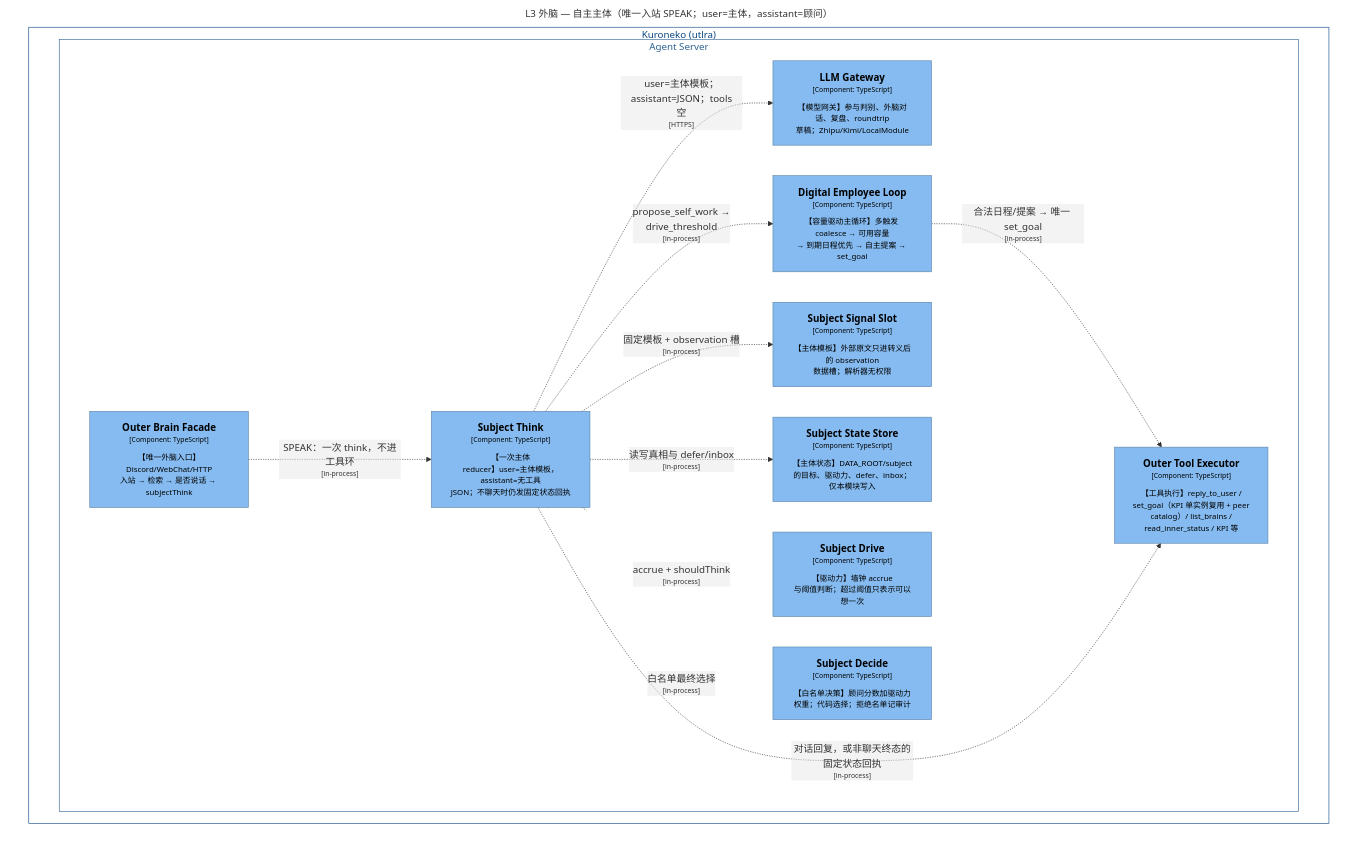
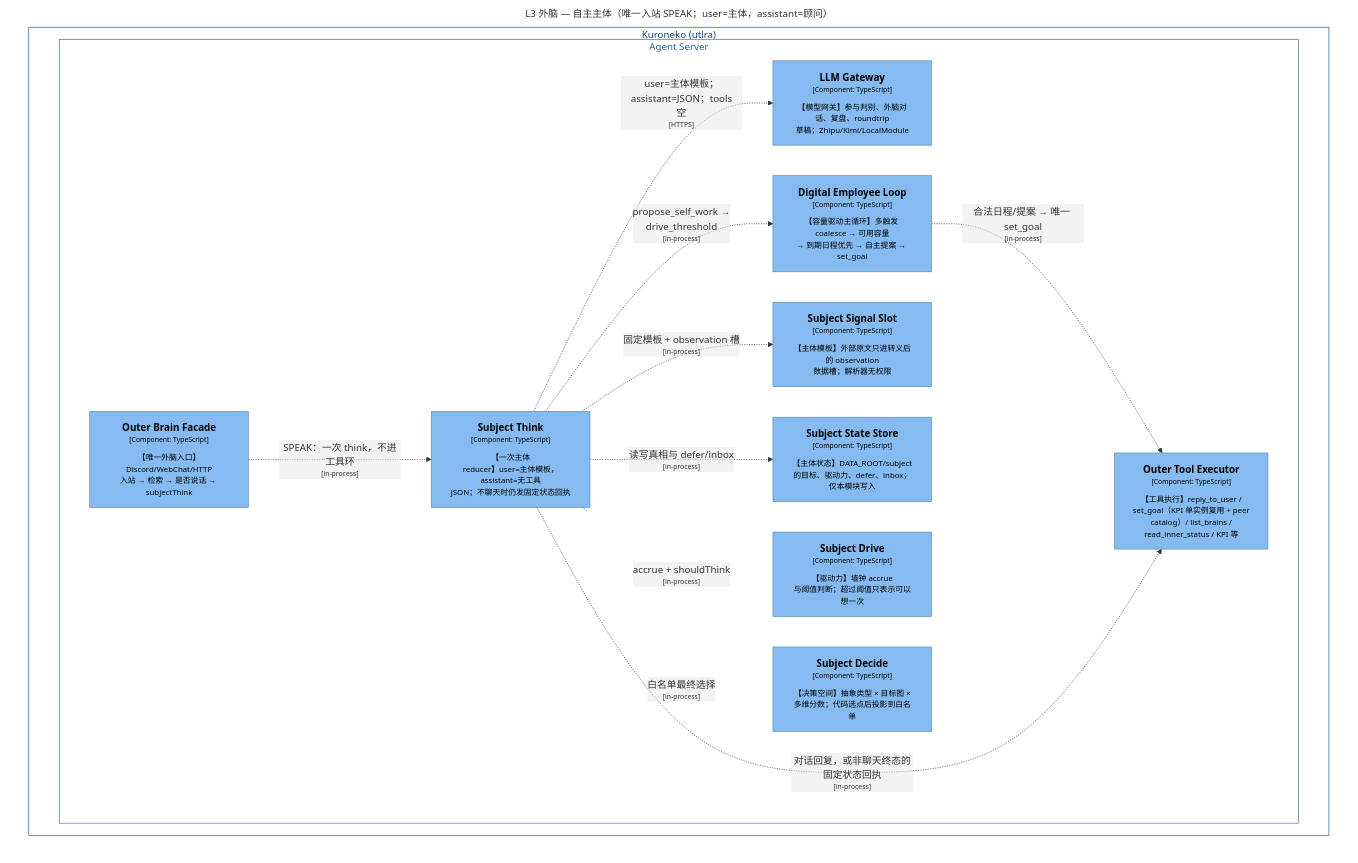
The diagram in doc/structurizr/structurizr-15-L3-Outer-Subject.mmd (shinjiyu/amadues), drawn with Mermaid before and after one commit. The commit also changed 14 other files, not shown here.

```diff
--- a/doc/structurizr/structurizr-15-L3-Outer-Subject.mmd
+++ b/doc/structurizr/structurizr-15-L3-Outer-Subject.mmd
@@ -1,45 +1,45 @@
 graph TB
   linkStyle default fill:#ffffff
 
   subgraph diagram ["L3 外脑 — 自主主体（唯一入站 SPEAK；user=主体，assistant=顾问）"]
     style diagram fill:#ffffff,stroke:#ffffff
 
     subgraph 11 ["Kuroneko (utlra)"]
       style 11 fill:#ffffff,stroke:#0b4884,color:#0b4884
 
       subgraph 15 ["Agent Server"]
         style 15 fill:#ffffff,stroke:#2e6295,color:#2e6295
 
         18["<div style='font-weight: bold'>Outer Brain Facade</div><div style='font-size: 70%; margin-top: 0px'>[Component: TypeScript]</div><div style='font-size: 80%; margin-top:10px'>【唯一外脑入口】Discord/WebChat/HTTP<br />入站 → 检索 → 是否说话 → subjectThink</div>"]
         style 18 fill:#85bbf0,stroke:#5d82a8,color:#000000
         25["<div style='font-weight: bold'>Outer Tool Executor</div><div style='font-size: 70%; margin-top: 0px'>[Component: TypeScript]</div><div style='font-size: 80%; margin-top:10px'>【工具执行】reply_to_user /<br />set_goal（KPI 单实例复用 + peer<br />catalog）/ list_brains /<br />read_inner_status / KPI 等</div>"]
         style 25 fill:#85bbf0,stroke:#5d82a8,color:#000000
         26["<div style='font-weight: bold'>LLM Gateway</div><div style='font-size: 70%; margin-top: 0px'>[Component: TypeScript]</div><div style='font-size: 80%; margin-top:10px'>【模型网关】参与判别、外脑对话、复盘、roundtrip<br />草稿；Zhipu/Kimi/LocalModule</div>"]
         style 26 fill:#85bbf0,stroke:#5d82a8,color:#000000
         49["<div style='font-weight: bold'>Digital Employee Loop</div><div style='font-size: 70%; margin-top: 0px'>[Component: TypeScript]</div><div style='font-size: 80%; margin-top:10px'>【容量驱动主循环】多触发 coalesce → 可用容量<br />→ 到期日程优先 → 自主提案 → set_goal</div>"]
         style 49 fill:#85bbf0,stroke:#5d82a8,color:#000000
         75["<div style='font-weight: bold'>Subject Signal Slot</div><div style='font-size: 70%; margin-top: 0px'>[Component: TypeScript]</div><div style='font-size: 80%; margin-top:10px'>【主体模板】外部原文只进转义后的 observation<br />数据槽；解析器无权限</div>"]
         style 75 fill:#85bbf0,stroke:#5d82a8,color:#000000
         76["<div style='font-weight: bold'>Subject State Store</div><div style='font-size: 70%; margin-top: 0px'>[Component: TypeScript]</div><div style='font-size: 80%; margin-top:10px'>【主体状态】DATA_ROOT/subject<br />的目标、驱动力、defer、inbox；仅本模块写入</div>"]
         style 76 fill:#85bbf0,stroke:#5d82a8,color:#000000
         77["<div style='font-weight: bold'>Subject Drive</div><div style='font-size: 70%; margin-top: 0px'>[Component: TypeScript]</div><div style='font-size: 80%; margin-top:10px'>【驱动力】墙钟 accrue<br />与阈值判断；超过阈值只表示可以想一次</div>"]
         style 77 fill:#85bbf0,stroke:#5d82a8,color:#000000
-        78["<div style='font-weight: bold'>Subject Decide</div><div style='font-size: 70%; margin-top: 0px'>[Component: TypeScript]</div><div style='font-size: 80%; margin-top:10px'>【白名单决策】顾问分数加驱动力权重；代码选择；拒绝名单记审计</div>"]
+        78["<div style='font-weight: bold'>Subject Decide</div><div style='font-size: 70%; margin-top: 0px'>[Component: TypeScript]</div><div style='font-size: 80%; margin-top:10px'>【决策空间】抽象类型 × 目标图 ×<br />多维分数；代码选点后投影到白名单</div>"]
         style 78 fill:#85bbf0,stroke:#5d82a8,color:#000000
         79["<div style='font-weight: bold'>Subject Think</div><div style='font-size: 70%; margin-top: 0px'>[Component: TypeScript]</div><div style='font-size: 80%; margin-top:10px'>【一次主体<br />reducer】user=主体模板，assistant=无工具<br />JSON；不聊天时仍发固定状态回执</div>"]
         style 79 fill:#85bbf0,stroke:#5d82a8,color:#000000
       end
 
     end
 
     49-. "<div>合法日程/提案 → 唯一 set_goal</div><div style='font-size: 70%'>[in-process]</div>" .->25
     18-. "<div>SPEAK：一次 think，不进工具环</div><div style='font-size: 70%'>[in-process]</div>" .->79
     79-. "<div>固定模板 + observation 槽</div><div style='font-size: 70%'>[in-process]</div>" .->75
     79-. "<div>读写真相与 defer/inbox</div><div style='font-size: 70%'>[in-process]</div>" .->76
     79-. "<div>accrue + shouldThink</div><div style='font-size: 70%'>[in-process]</div>" .->77
     79-. "<div>白名单最终选择</div><div style='font-size: 70%'>[in-process]</div>" .->78
     79-. "<div>user=主体模板；assistant=JSON；tools<br />空</div><div style='font-size: 70%'>[HTTPS]</div>" .->26
     79-. "<div>对话回复，或非聊天终态的固定状态回执</div><div style='font-size: 70%'>[in-process]</div>" .->25
     79-. "<div>propose_self_work →<br />drive_threshold</div><div style='font-size: 70%'>[in-process]</div>" .->49
 
   end
```
